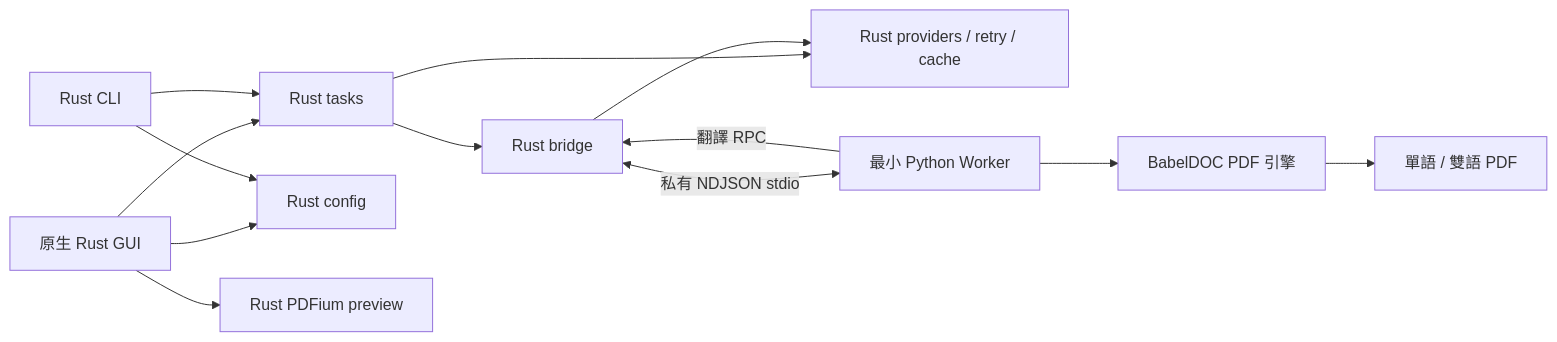
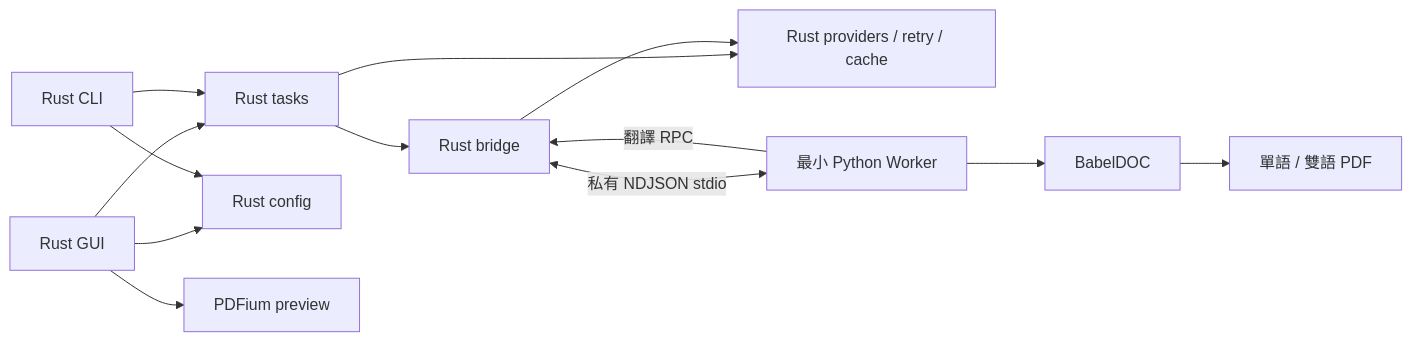
The diagram in docs/ARCHITECTURE.md (patricksu-cool/BabelOxide), drawn with Mermaid before and after one commit. The commit also changed other lines of this file and 25 other files, not shown here.

````diff
--- a/docs/ARCHITECTURE.md
+++ b/docs/ARCHITECTURE.md
@@ -15,15 +15,15 @@
 ```mermaid
 flowchart LR
-    GUI[原生 Rust GUI] --> Tasks[Rust tasks]
+    GUI[Rust GUI] --> Tasks[Rust tasks]
     CLI[Rust CLI] --> Tasks
     GUI --> Config[Rust config]
     CLI --> Config
-    GUI --> Preview[Rust PDFium preview]
+    GUI --> Preview[PDFium preview]
     Tasks --> Core[Rust providers / retry / cache]
     Tasks --> Bridge[Rust bridge]
     Bridge <-->|私有 NDJSON stdio| Worker[最小 Python Worker]
-    Worker --> BabelDOC[BabelDOC PDF 引擎]
+    Worker --> Engine[BabelDOC]
     Worker -->|翻譯 RPC| Bridge
     Bridge --> Core
-    BabelDOC --> PDF[單語 / 雙語 PDF]
+    Engine --> PDF[單語 / 雙語 PDF]
 ```
````
